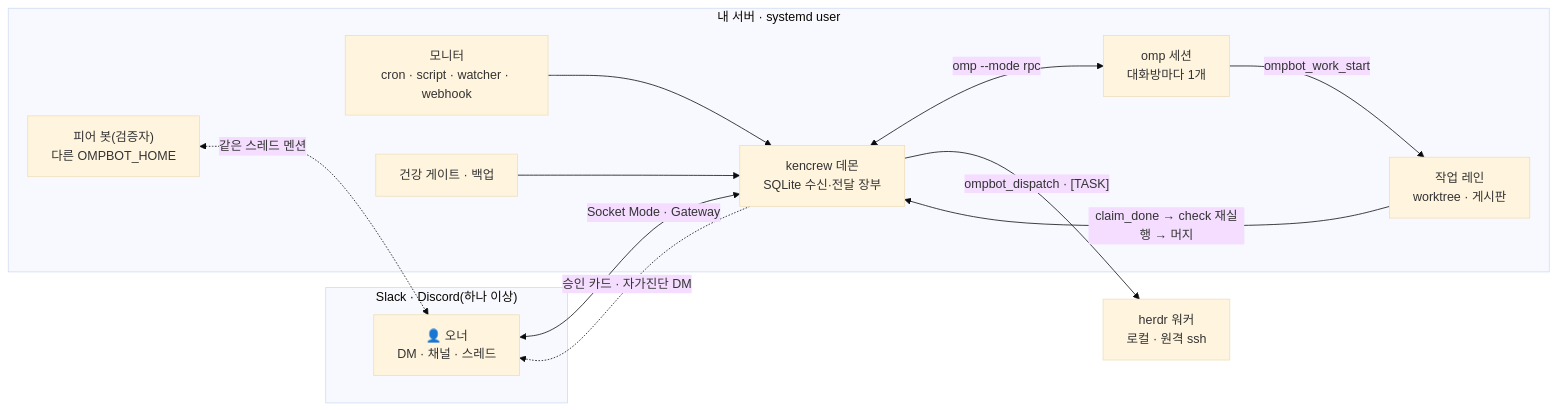
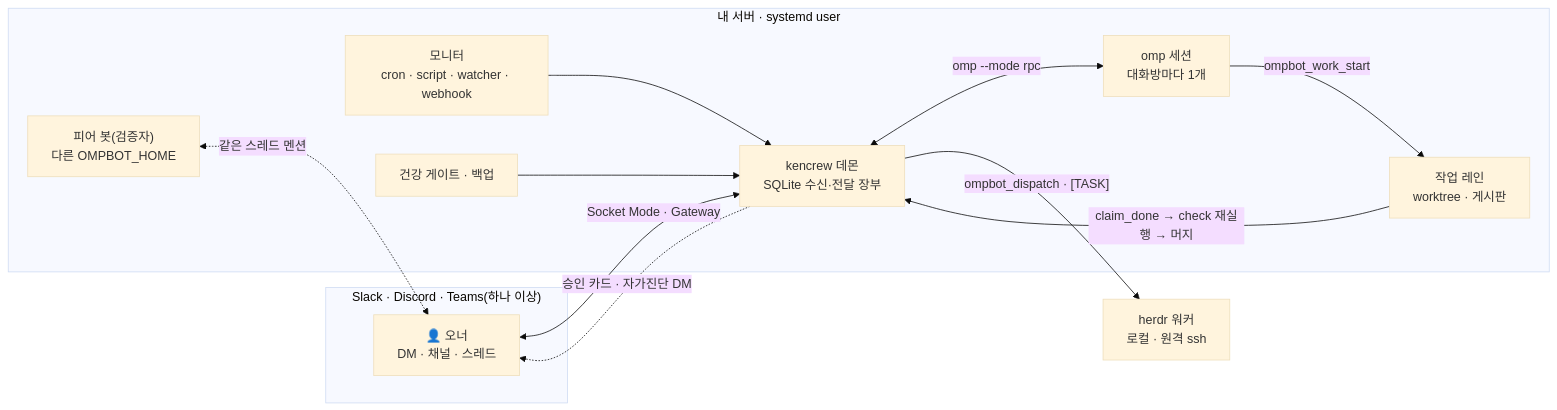
One commit to gimso2x/kencrew changed the diagram in README.md. Above: the diagram before and after it, drawn with Mermaid (base theme). The commit also changed other lines of this file and 110 other files, not shown here.

````diff
--- a/README.md
+++ b/README.md
@@ -132,24 +132,24 @@
 ```mermaid
 flowchart LR
-  subgraph Chat["Slack · Discord(하나 이상)"]
+  subgraph Chat["Slack · Discord · Teams(하나 이상)"]
     O["👤 오너<br/>DM · 채널 · 스레드"]
   end
   subgraph Host["내 서버 · systemd user"]
     D["kencrew 데몬<br/>SQLite 수신·전달 장부"]
     S["omp 세션<br/>대화방마다 1개"]
     M["모니터<br/>cron · script · watcher · webhook"]
     G["건강 게이트 · 백업"]
     L["작업 레인<br/>worktree · 게시판"]
     P["피어 봇(검증자)<br/>다른 OMPBOT_HOME"]
   end
   W["herdr 워커<br/>로컬 · 원격 ssh"]
   O <-->|"Socket Mode · Gateway"| D
   D <-->|"omp --mode rpc"| S
   M --> D
   G --> D
   S -->|"ompbot_work_start"| L
   L -->|"claim_done → check 재실행 → 머지"| D
   P <-.->|"같은 스레드 멘션"| O
   D -->|"ompbot_dispatch · [TASK]"| W
   D -.->|"승인 카드 · 자가진단 DM"| O
 ```
````
